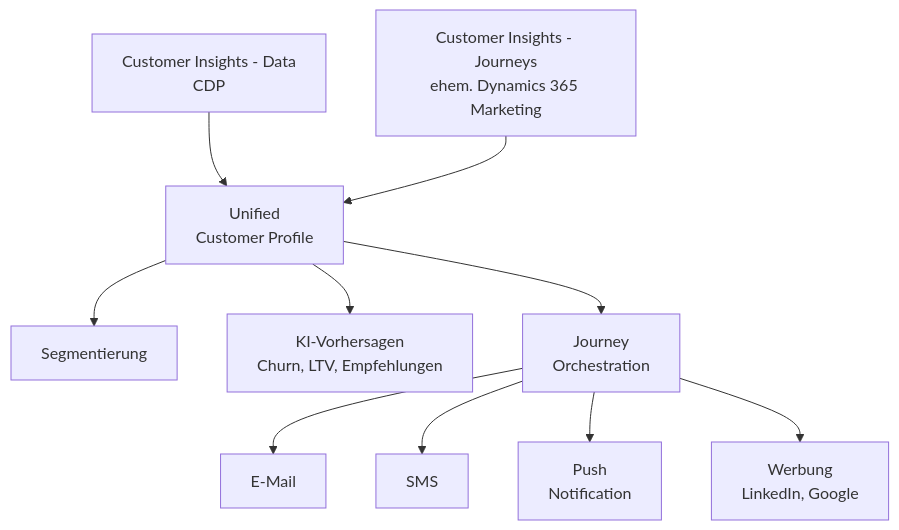
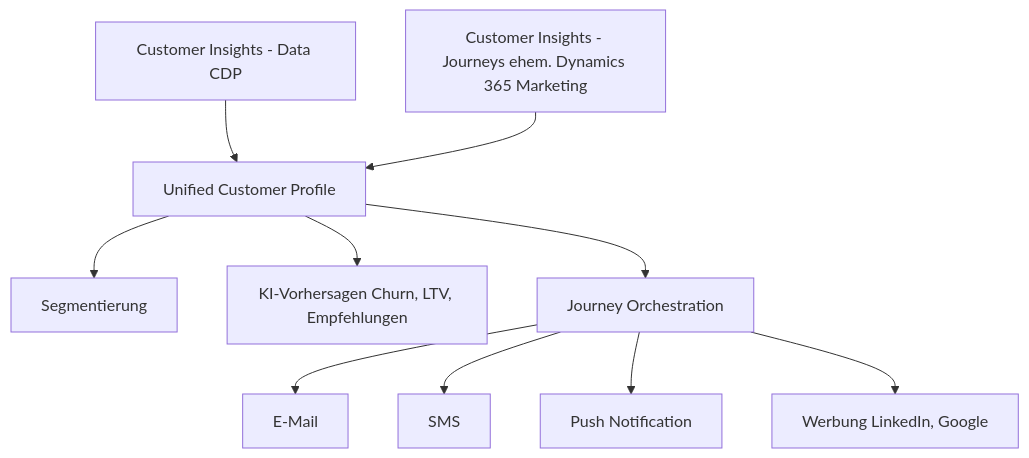
Before and after one commit to SoniiiT/notes-n-docs: the first of 5 diagrams in Microsoft 365/Dynamics 365/Dynamics 365 Customer Insights.md, drawn with Mermaid. The commit also changed other lines of this file and 124 other files, not shown here.

First line of the commit message:
fix: Entferne \n aus allen Mermaid-Diagrammen (125 Dateien)

````diff
--- a/Microsoft 365/Dynamics 365/Dynamics 365 Customer Insights.md
+++ b/Microsoft 365/Dynamics 365/Dynamics 365 Customer Insights.md
@@ -29,12 +29,12 @@
 ```mermaid
 graph TD
-    CID[Customer Insights - Data\nCDP] --> UCP[Unified\nCustomer Profile]
-    CIJ[Customer Insights - Journeys\nehem. Dynamics 365 Marketing] --> UCP
+    CID[Customer Insights - Data CDP] --> UCP[Unified Customer Profile]
+    CIJ[Customer Insights - Journeys ehem. Dynamics 365 Marketing] --> UCP
     UCP --> SEG[Segmentierung]
-    UCP --> AI[KI-Vorhersagen\nChurn, LTV, Empfehlungen]
-    UCP --> JOR[Journey\nOrchestration]
+    UCP --> AI[KI-Vorhersagen Churn, LTV, Empfehlungen]
+    UCP --> JOR[Journey Orchestration]
     JOR --> EMAIL[E-Mail]
     JOR --> SMS[SMS]
-    JOR --> PUSH[Push\nNotification]
-    JOR --> ADS[Werbung\nLinkedIn, Google]
+    JOR --> PUSH[Push Notification]
+    JOR --> ADS[Werbung LinkedIn, Google]
 ```
````
